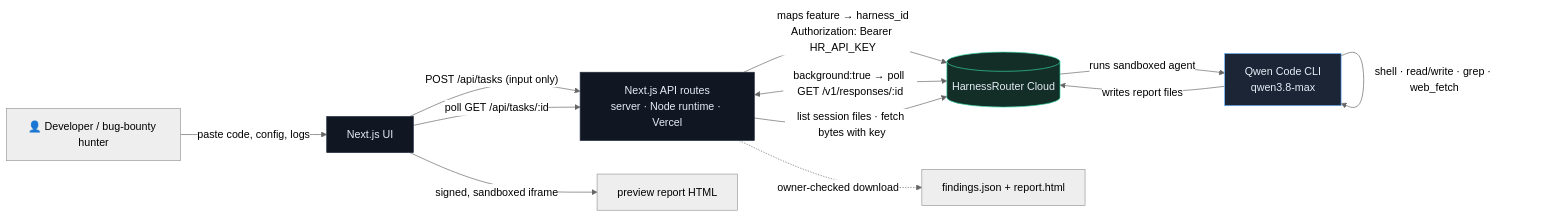
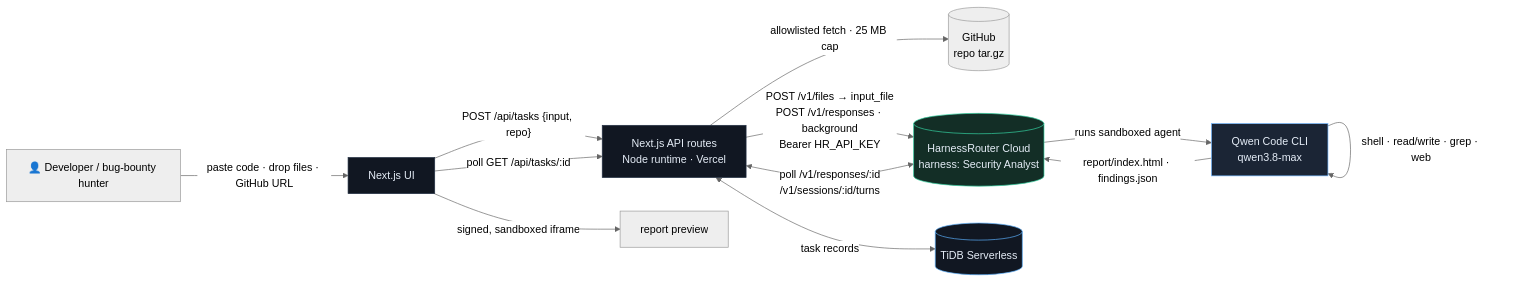
One commit to chinesepowered/hack-harnessrouter changed the diagram in README.md. Above: the diagram before and after it, drawn with Mermaid (neutral theme). The commit also changed other lines of this file and 41 other files, not shown here.

First line of the commit message:
New Sentinel UI: GitHub repo scanning, live agent activity, graded findings

````diff
--- a/README.md
+++ b/README.md
@@ -133,19 +148,20 @@
 ```mermaid
 flowchart LR
-    U[👤 Developer / bug-bounty hunter] -->|"paste code, config, logs"| B[Next.js UI]
-    B -->|"POST /api/tasks (input only)"| S[Next.js API routes<br/>server · Node runtime · Vercel]
-    S -->|"maps feature → harness_id<br/>Authorization: Bearer HR_API_KEY"| HR[(HarnessRouter Cloud)]
-    HR -->|"runs sandboxed agent"| Q[Qwen Code CLI<br/>qwen3.8-max]
-    Q -->|"shell · read/write · grep · web_fetch"| Q
-    Q -->|"writes report files"| HR
-    S <-->|"background:true → poll GET /v1/responses/:id"| HR
-    S -->|"list session files · fetch bytes with key"| HR
+    U["👤 Developer / bug-bounty hunter"] -->|"paste code · drop files · GitHub URL"| B["Next.js UI"]
+    B -->|"POST /api/tasks {input, repo}"| S["Next.js API routes<br/>Node runtime · Vercel"]
+    S -->|"allowlisted fetch · 25 MB cap"| GH[("GitHub<br/>repo tar.gz")]
+    S -->|"POST /v1/files → input_file<br/>POST /v1/responses · background<br/>Bearer HR_API_KEY"| HR[("HarnessRouter Cloud<br/>harness: Security Analyst")]
+    HR -->|"runs sandboxed agent"| Q["Qwen Code CLI<br/>qwen3.8-max"]
+    Q -->|"shell · read/write · grep · web"| Q
+    Q -->|"report/index.html · findings.json"| HR
+    S <-->|"poll /v1/responses/:id<br/>/v1/sessions/:id/turns"| HR
+    S <-->|"task records"| DB[("TiDB Serverless")]
     B -->|"poll GET /api/tasks/:id"| S
-    B -->|"signed, sandboxed iframe"| P[preview report HTML]
-    S -.->|"owner-checked download"| F[findings.json + report.html]
+    B -->|"signed, sandboxed iframe"| P["report preview"]
 
     style HR fill:#132e26,stroke:#35d6a4,color:#e5edf7
     style Q fill:#1b2535,stroke:#6fb5ff,color:#e5edf7
     style S fill:#111722,stroke:#233044,color:#e5edf7
     style B fill:#111722,stroke:#233044,color:#e5edf7
+    style DB fill:#111722,stroke:#5cb2ff,color:#e5edf7
 ```
````
